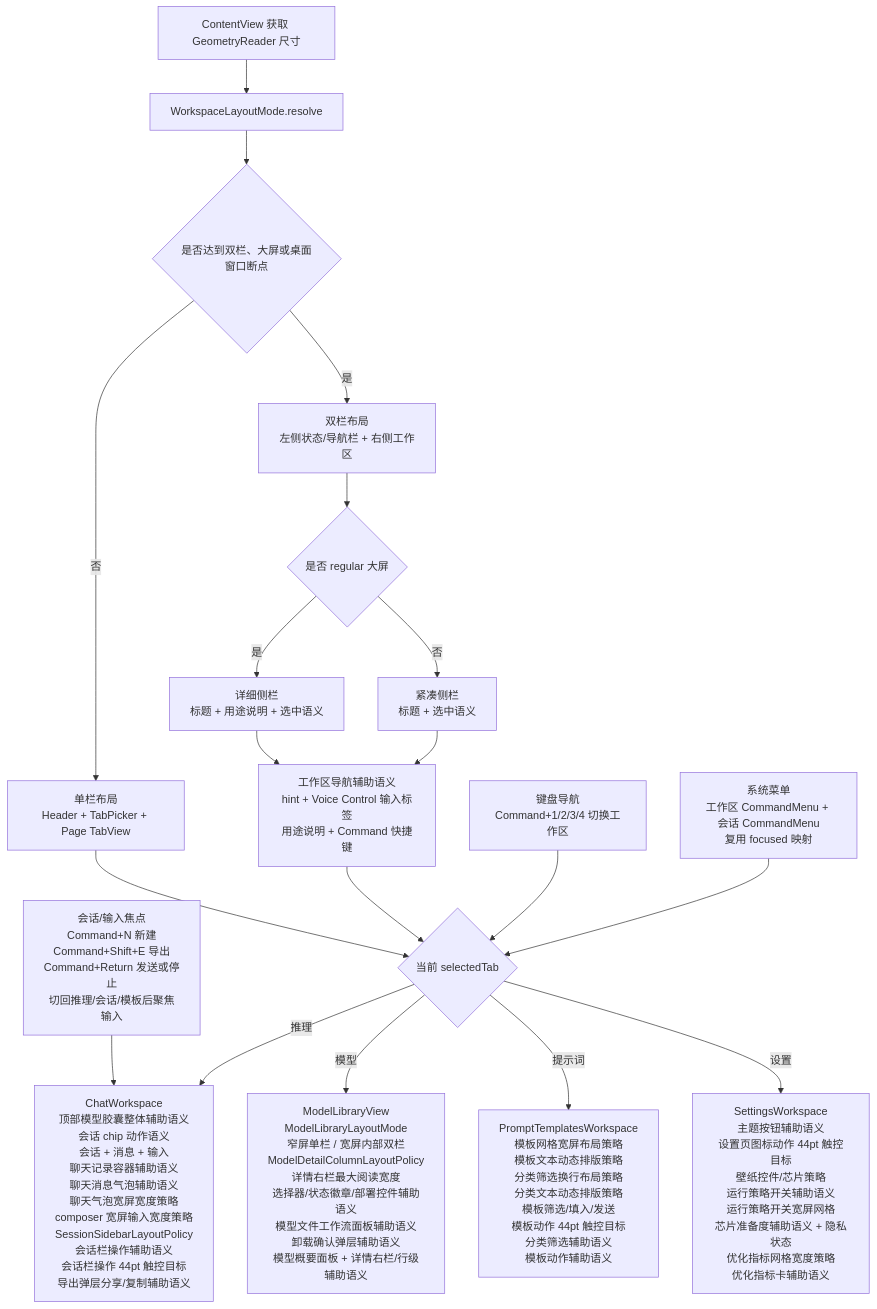
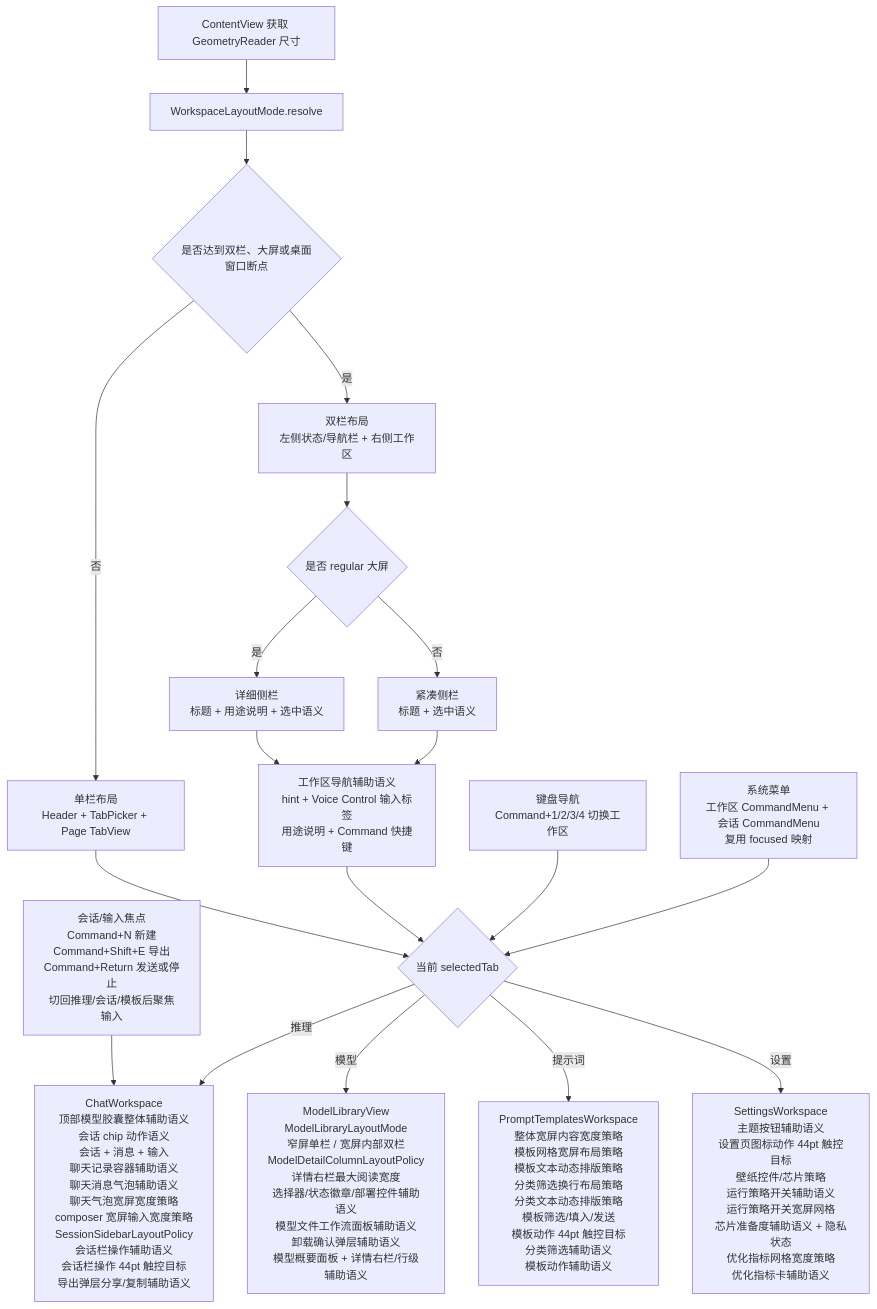
The fifth of 10 diagrams in md/flow/flowchart.md (Altman-sam114/113), drawn with Mermaid before and after one commit. The commit also changed other lines of this file and 8 other files, not shown here.

````diff
--- a/md/flow/flowchart.md
+++ b/md/flow/flowchart.md
@@ -84,21 +84,21 @@
 ```mermaid
 flowchart TD
     A[ContentView 获取 GeometryReader 尺寸] --> B[WorkspaceLayoutMode.resolve]
     B --> C{是否达到双栏、大屏或桌面窗口断点}
     C -- 否 --> D[单栏布局<br/>Header + TabPicker + Page TabView]
     C -- 是 --> E[双栏布局<br/>左侧状态/导航栏 + 右侧工作区]
     E --> N{是否 regular 大屏}
     N -- 是 --> O[详细侧栏<br/>标题 + 用途说明 + 选中语义]
     N -- 否 --> P[紧凑侧栏<br/>标题 + 选中语义]
     D --> F{当前 selectedTab}
     O --> X[工作区导航辅助语义<br/>hint + Voice Control 输入标签<br/>用途说明 + Command 快捷键]
     P --> X
     X --> F
     K[键盘导航<br/>Command+1/2/3/4 切换工作区] --> F
     M[系统菜单<br/>工作区 CommandMenu + 会话 CommandMenu<br/>复用 focused 映射] --> F
     L[会话/输入焦点<br/>Command+N 新建<br/>Command+Shift+E 导出<br/>Command+Return 发送或停止<br/>切回推理/会话/模板后聚焦输入] --> G
     F -- 推理 --> G[ChatWorkspace<br/>顶部模型胶囊整体辅助语义<br/>会话 chip 动作语义<br/>会话 + 消息 + 输入<br/>聊天记录容器辅助语义<br/>聊天消息气泡辅助语义<br/>聊天气泡宽屏宽度策略<br/>composer 宽屏输入宽度策略<br/>SessionSidebarLayoutPolicy<br/>会话栏操作辅助语义<br/>会话栏操作 44pt 触控目标<br/>导出弹层分享/复制辅助语义]
     F -- 模型 --> H[ModelLibraryView<br/>ModelLibraryLayoutMode<br/>窄屏单栏 / 宽屏内部双栏<br/>ModelDetailColumnLayoutPolicy<br/>详情右栏最大阅读宽度<br/>选择器/状态徽章/部署控件辅助语义<br/>模型文件工作流面板辅助语义<br/>卸载确认弹层辅助语义<br/>模型概要面板 + 详情右栏/行级辅助语义]
-    F -- 提示词 --> I[PromptTemplatesWorkspace<br/>模板网格宽屏布局策略<br/>模板文本动态排版策略<br/>分类筛选换行布局策略<br/>分类文本动态排版策略<br/>模板筛选/填入/发送<br/>模板动作 44pt 触控目标<br/>分类筛选辅助语义<br/>模板动作辅助语义]
+    F -- 提示词 --> I[PromptTemplatesWorkspace<br/>整体宽屏内容宽度策略<br/>模板网格宽屏布局策略<br/>模板文本动态排版策略<br/>分类筛选换行布局策略<br/>分类文本动态排版策略<br/>模板筛选/填入/发送<br/>模板动作 44pt 触控目标<br/>分类筛选辅助语义<br/>模板动作辅助语义]
     F -- 设置 --> J[SettingsWorkspace<br/>主题按钮辅助语义<br/>设置页图标动作 44pt 触控目标<br/>壁纸控件/芯片策略<br/>运行策略开关辅助语义<br/>运行策略开关宽屏网格<br/>芯片准备度辅助语义 + 隐私状态<br/>优化指标网格宽度策略<br/>优化指标卡辅助语义]
 ```
````
